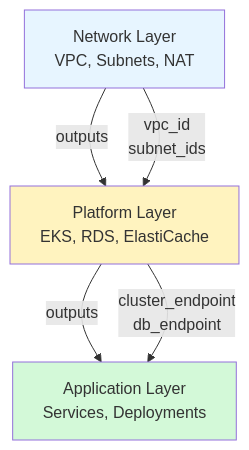
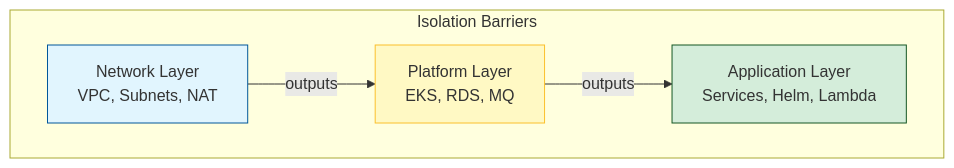
The diagram in 2-Intermediate/03-Terraform/03-State-Management/09-Advanced-Patterns/Advanced State Patterns.md (Ganil151/Devops), drawn with Mermaid before and after one commit. The commit also changed other lines of this file and 428 other files, not shown here.

````diff
--- a/2-Intermediate/03-Terraform/03-State-Management/09-Advanced-Patterns/Advanced State Patterns.md
+++ b/2-Intermediate/03-Terraform/03-State-Management/09-Advanced-Patterns/Advanced State Patterns.md
@@ -66,12 +11,15 @@
 ```mermaid
 graph TD
-    Network[Network Layer<br/>VPC, Subnets, NAT] -->|outputs| Platform[Platform Layer<br/>EKS, RDS, ElastiCache]
-    Platform -->|outputs| App[Application Layer<br/>Services, Deployments]
+    Network[Network Layer<br/>VPC, Subnets, NAT] -->|outputs| Platform[Platform Layer<br/>EKS, RDS, MQ]
+    Platform -->|outputs| App[Application Layer<br/>Services, Helm, Lambda]
     
-    Network -->|vpc_id<br/>subnet_ids| Platform
-    Platform -->|cluster_endpoint<br/>db_endpoint| App
+    subgraph "Isolation Barriers"
+    Network
+    Platform
+    App
+    end
     
-    style Network fill:#e7f5ff
-    style Platform fill:#fff3bf
-    style App fill:#d3f9d8
+    style Network fill:#e1f5fe,stroke:#01579b
+    style Platform fill:#fff9c4,stroke:#fbc02d
+    style App fill:#d4edda,stroke:#155724
 ```
````
